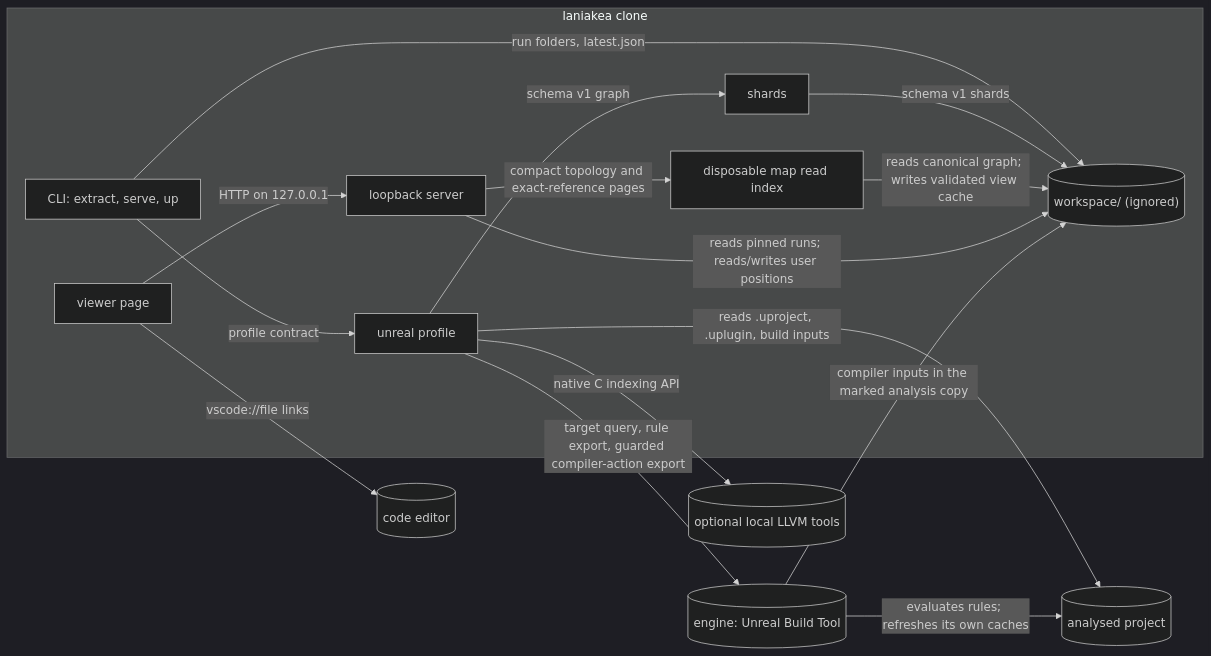
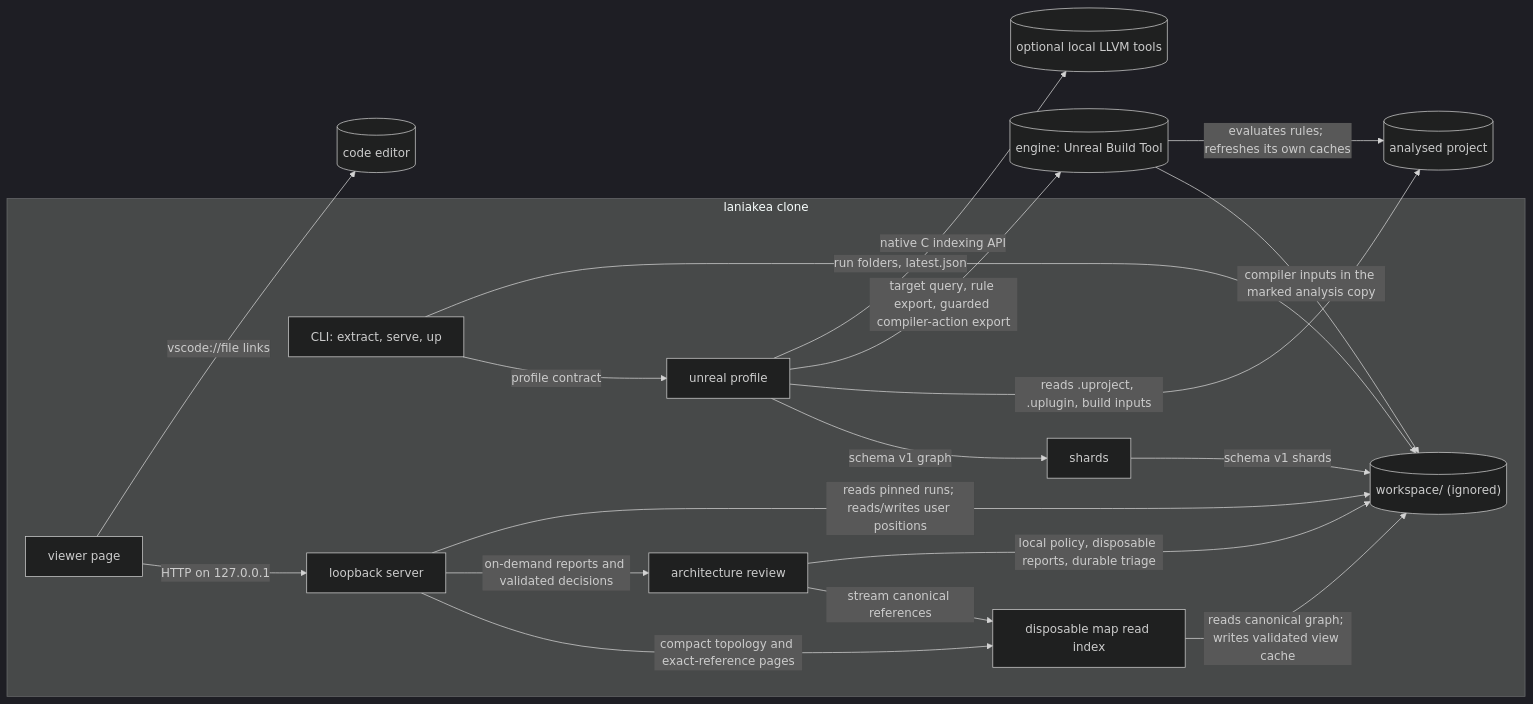
Before and after one commit to 6r0m/laniakea: the diagram in docs/architecture/diagrams/main.md, drawn with Mermaid (dark theme). The commit also changed 28 other files, not shown here.

First line of the commit message:
Add optional architecture review layer with local policy and triage

````diff
--- a/docs/architecture/diagrams/main.md
+++ b/docs/architecture/diagrams/main.md
@@ -6,19 +6,22 @@
 ```mermaid
 flowchart LR
     subgraph laniakea["laniakea clone"]
         CLI["CLI: extract, serve, up"] -->|"profile contract"| Profile["unreal profile"]
         CLI -->|"run folders, latest.json"| Workspace[("workspace/ (ignored)")]
         Profile -->|"schema v1 graph"| Shards["shards"]
         Shards -->|"schema v1 shards"| Workspace
         MapIndex["disposable map read index"] -->|"reads canonical graph; writes validated view cache"| Workspace
         Server -->|"compact topology and exact-reference pages"| MapIndex
+        Server -->|"on-demand reports and validated decisions"| Review["architecture review"]
+        Review -->|"stream canonical references"| MapIndex
+        Review -->|"local policy, disposable reports, durable triage"| Workspace
         Server["loopback server"] -->|"reads pinned runs; reads/writes user positions"| Workspace
         Viewer["viewer page"] -->|"HTTP on 127.0.0.1"| Server
     end
     Profile -->|"reads .uproject, .uplugin, build inputs"| Project[("analysed project")]
     Profile -->|"target query, rule export, guarded compiler-action export"| UBT[("engine: Unreal Build Tool")]
     Profile -->|"native C indexing API"| LLVM[("optional local LLVM tools")]
     UBT -->|"evaluates rules; refreshes its own caches"| Project
     UBT -->|"compiler inputs in the marked analysis copy"| Workspace
     Viewer -->|"vscode://file links"| Editor[("code editor")]
 ```
````
